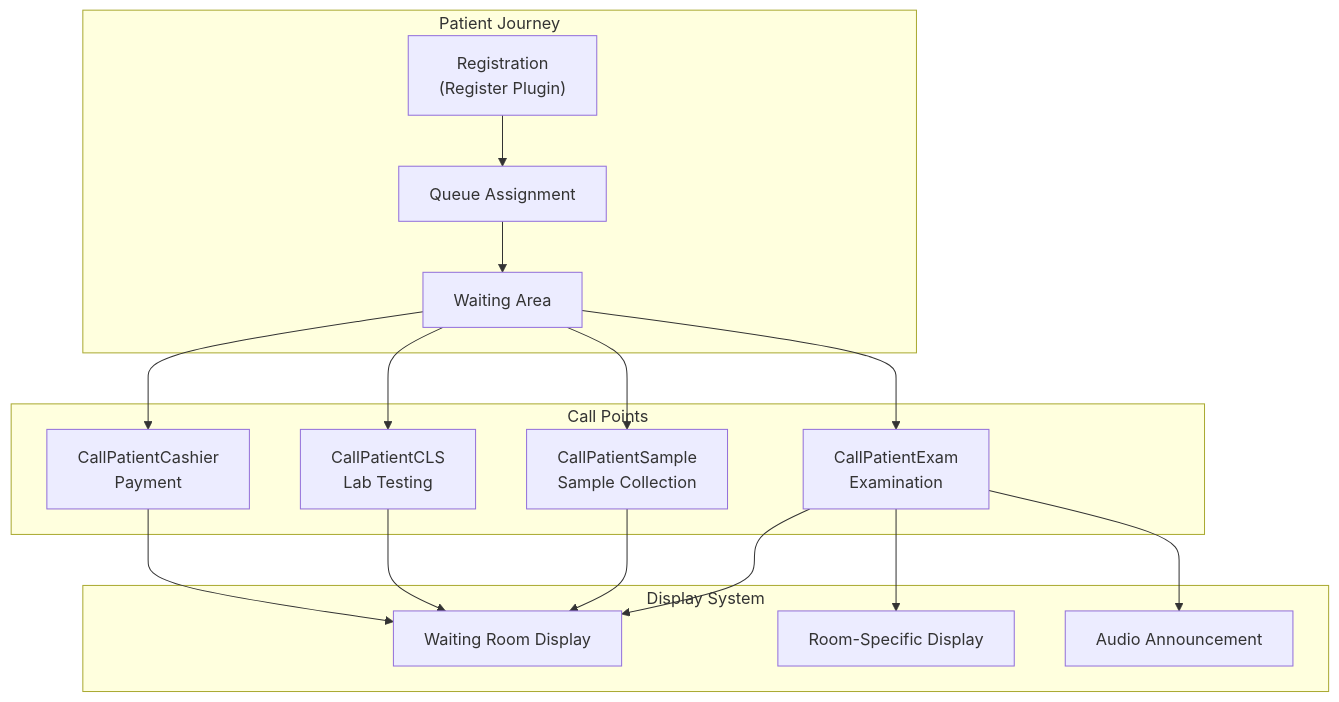
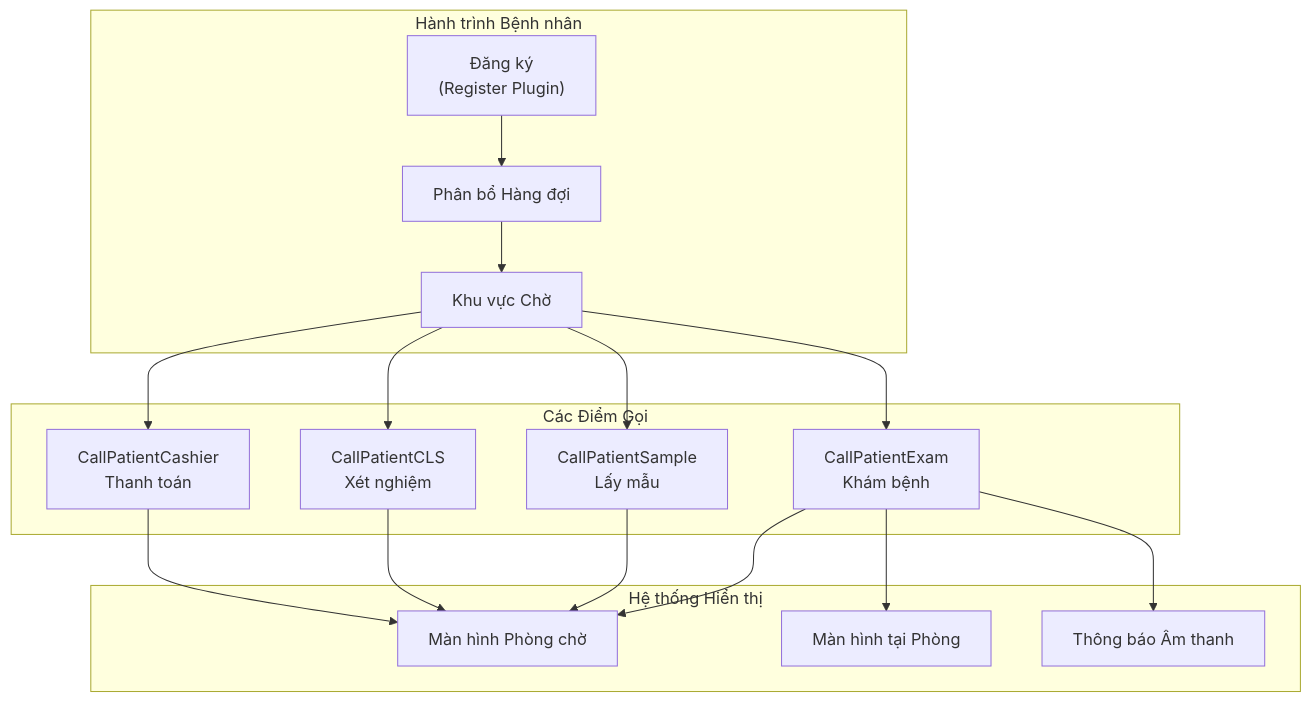
Before and after one commit to thangpnb/HIS: the third of 8 diagrams in docs/his-ba-documentation/03-business-domains/patient-management/patient-call-display.md, drawn with Mermaid. The commit also changed other lines of this file and 30 other files, not shown here.

Commit message:
Refactor architecture docs and update translations

````diff
--- a/docs/his-ba-documentation/03-business-domains/patient-management/patient-call-display.md
+++ b/docs/his-ba-documentation/03-business-domains/patient-management/patient-call-display.md
@@ -140,37 +140,37 @@
 ```mermaid
 graph TB
-    subgraph "Patient Journey"
-        Registration["Registration<br/>(Register Plugin)"]
-        Queue["Queue Assignment"]
-        Wait["Waiting Area"]
+    subgraph "Hành trình Bệnh nhân"
+        Registration["Đăng ký<br/>(Register Plugin)"]
+        Queue["Phân bổ Hàng đợi"]
+        Wait["Khu vực Chờ"]
     end
     
-    subgraph "Call Points"
-        ExamRoom["CallPatientExam<br/>Examination"]
-        LabSample["CallPatientSample<br/>Sample Collection"]
-        LabTest["CallPatientCLS<br/>Lab Testing"]
-        Cashier["CallPatientCashier<br/>Payment"]
+    subgraph "Các Điểm Gọi"
+        ExamRoom["CallPatientExam<br/>Khám bệnh"]
+        LabSample["CallPatientSample<br/>Lấy mẫu"]
+        LabTest["CallPatientCLS<br/>Xét nghiệm"]
+        Cashier["CallPatientCashier<br/>Thanh toán"]
     end
     
-    subgraph "Display System"
-        WaitingDisplay["Waiting Room Display"]
-        RoomDisplay["Room-Specific Display"]
-        Audio["Audio Announcement"]
+    subgraph "Hệ thống Hiển thị"
+        WaitingDisplay["Màn hình Phòng chờ"]
+        RoomDisplay["Màn hình tại Phòng"]
+        Audio["Thông báo Âm thanh"]
     end
     
     Registration --> Queue
     Queue --> Wait
     
     Wait --> ExamRoom
     Wait --> LabSample
     Wait --> LabTest
     Wait --> Cashier
     
     ExamRoom --> WaitingDisplay
     ExamRoom --> RoomDisplay
     ExamRoom --> Audio
     
     LabSample --> WaitingDisplay
     LabTest --> WaitingDisplay
     Cashier --> WaitingDisplay
 ```
````
